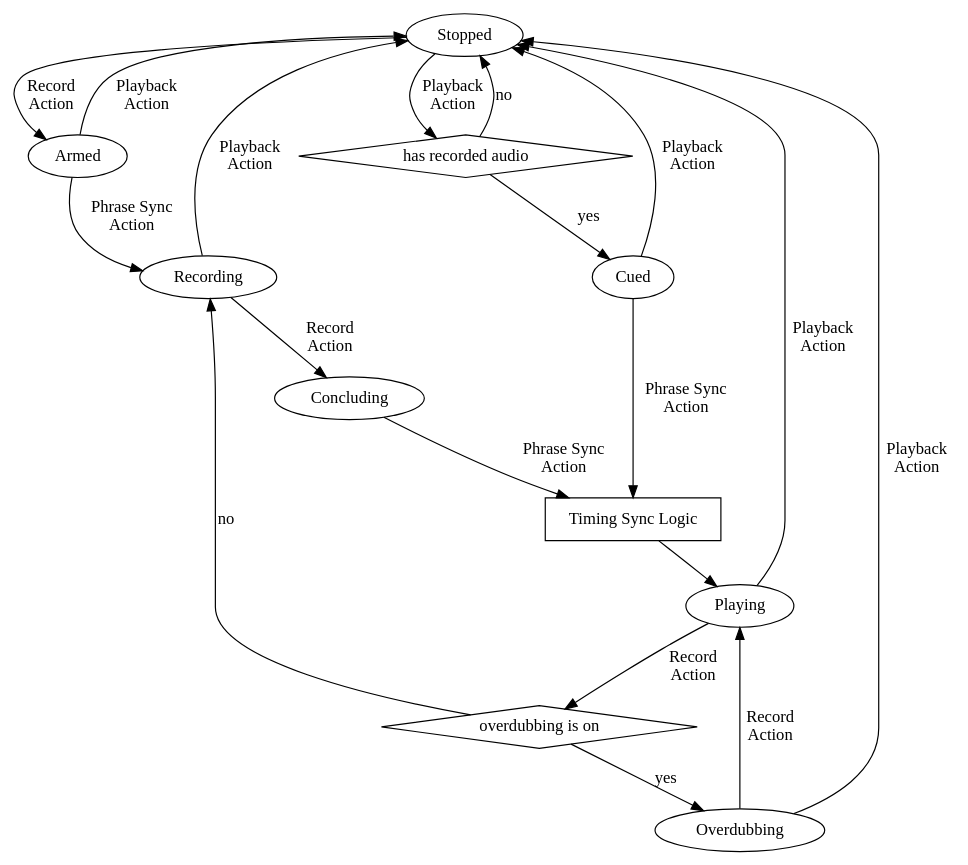
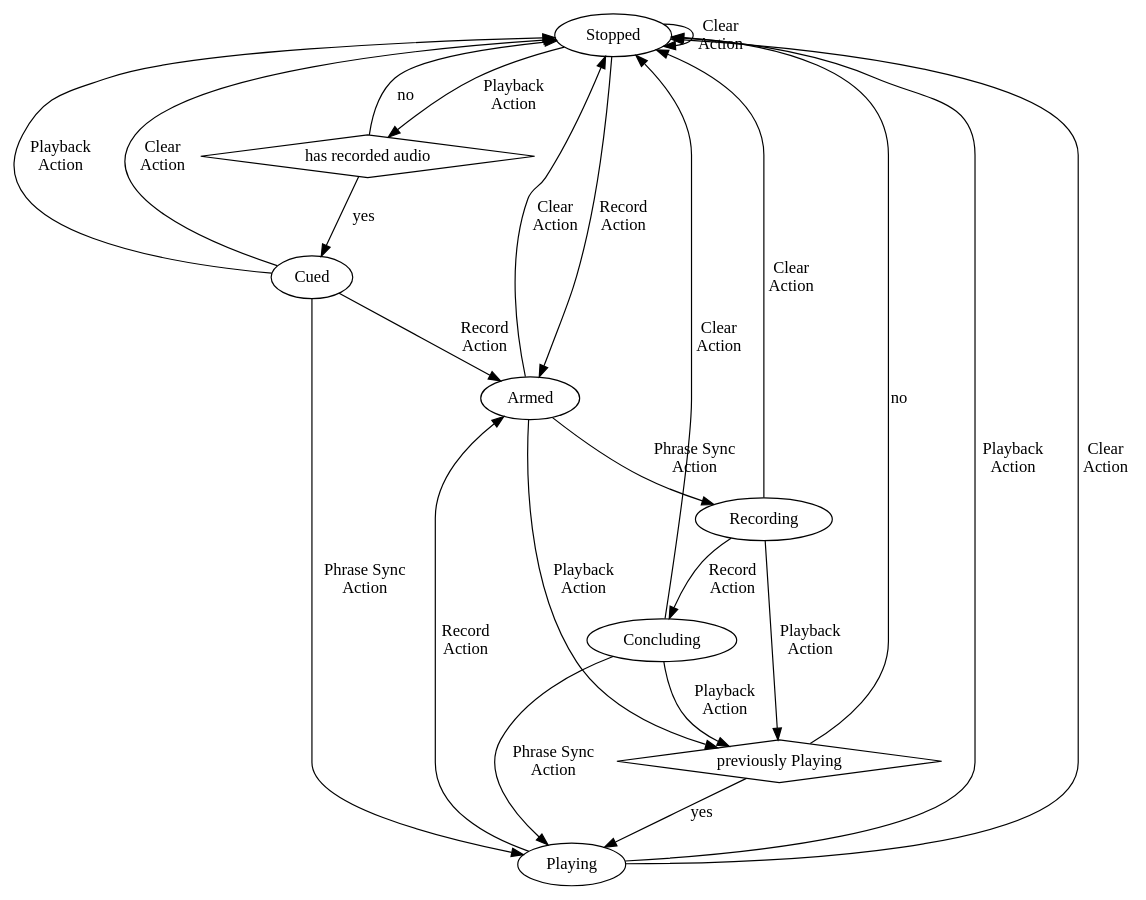
The diagram in diagrams/loop-track-fsm.dot (rumblesan/glacier), drawn with Graphviz before and after one commit. The commit also changed 5 other files, not shown here.

```diff
--- a/diagrams/loop-track-fsm.dot
+++ b/diagrams/loop-track-fsm.dot
@@ -1,38 +1,43 @@
 digraph G {
 
   Stopped [ shape="oval" ];
   Armed [ shape="oval" ];
   hasAudio [ label="has recorded audio", shape="diamond" ];
   Cued [ shape="oval" ];
-  playSyncLogic [ label="Timing Sync Logic", shape="box" ];
+  wasPlaying [ label="previously Playing", shape="diamond" ];
   Recording [ shape="oval" ];
   Concluding [ shape="oval" ];
   Playing [ shape="oval" ];
-  overdubActive [ label="overdubbing is on", shape="diamond" ];
-  Overdubbing [ shape="oval" ];
 
   Stopped -> Armed [ label="Record\nAction" ];
+  Stopped -> Stopped [ label="Clear\nAction" ];
   Stopped -> hasAudio [ label="Playback\nAction" ];
+
   hasAudio -> Stopped [ label="no" ];
   hasAudio -> Cued [ label="yes" ];
 
-  Cued -> playSyncLogic [ label="Phrase Sync\nAction" ];
-  playSyncLogic -> Playing;
+  Cued -> Playing [ label="Phrase Sync\nAction" ];
   Cued -> Stopped [ label="Playback\nAction" ];
+  Cued -> Armed [ label="Record\nAction" ];
+  Cued -> Stopped [ label="Clear\nAction" ];
 
-  Armed -> Stopped [ label="Playback\nAction" ];
+  Armed -> wasPlaying [ label="Playback\nAction" ];
   Armed -> Recording [ label="Phrase Sync\nAction" ];
+  Armed -> Stopped [ label="Clear\nAction" ];
 
-  Recording -> Stopped [ label="Playback\nAction" ];
+  Recording -> wasPlaying [ label="Playback\nAction" ];
   Recording -> Concluding [ label="Record\nAction" ];
-  Concluding -> playSyncLogic [ label="Phrase Sync\nAction" ];
+  Recording -> Stopped [ label="Clear\nAction" ];
+
+  wasPlaying -> Stopped [ label="no" ];
+  wasPlaying -> Playing [ label="yes" ];
+
+  Concluding -> wasPlaying [ label="Playback\nAction" ];
+  Concluding -> Playing [ label="Phrase Sync\nAction" ];
+  Concluding -> Stopped [ label="Clear\nAction" ];
 
   Playing -> Stopped [ label="Playback\nAction" ];
-  Playing -> overdubActive [ label="Record\nAction" ];
-  overdubActive -> Recording [ label="no" ];
-  overdubActive -> Overdubbing [ label="yes" ];
-
-  Overdubbing -> Stopped [ label="Playback\nAction" ];
-  Overdubbing -> Playing [ label="Record\nAction" ];
+  Playing -> Stopped [ label="Clear\nAction" ];
+  Playing -> Armed [ label="Record\nAction" ];
 
 }
```
